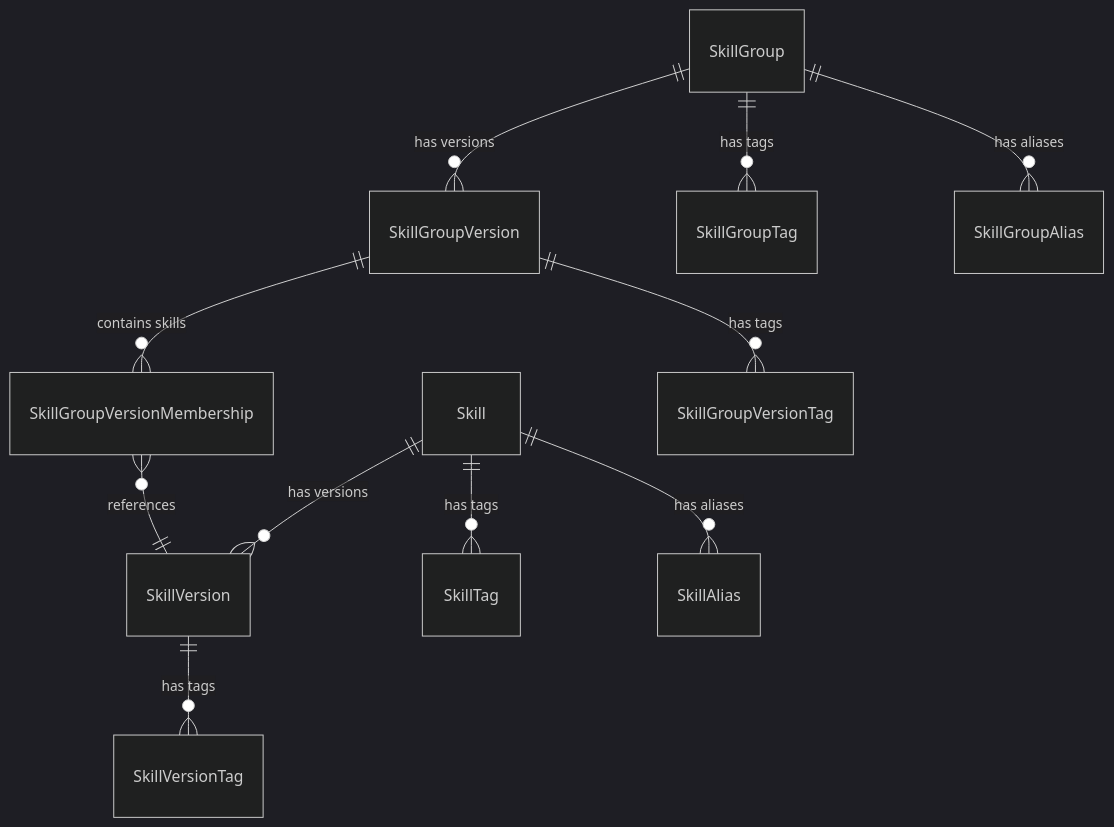
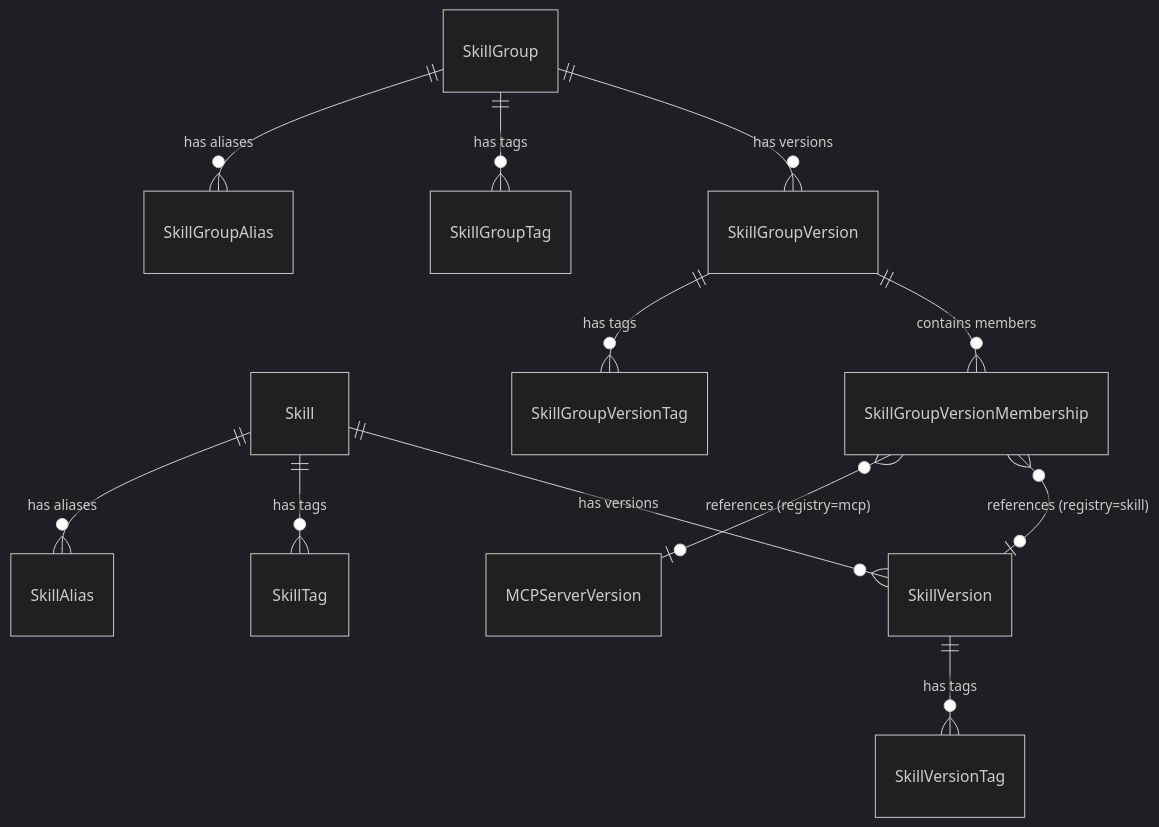
Before and after one commit to mlflow/rfcs: the diagram in rfcs/0005-skill-registry/0005-skill-registry.md, drawn with Mermaid (dark theme). The commit also changed other lines of this file and 1 other file, not shown here.

First line of the commit message:
Align with MCP RFC, cross-registry refs, review fixes

````diff
--- a/rfcs/0005-skill-registry/0005-skill-registry.md
+++ b/rfcs/0005-skill-registry/0005-skill-registry.md
@@ -428,13 +425,14 @@
 ```mermaid
 erDiagram
 Skill ||--o{ SkillVersion : "has versions"
 Skill ||--o{ SkillTag : "has tags"
 Skill ||--o{ SkillAlias : "has aliases"
 SkillVersion ||--o{ SkillVersionTag : "has tags"
 SkillGroup ||--o{ SkillGroupVersion : "has versions"
 SkillGroup ||--o{ SkillGroupTag : "has tags"
 SkillGroup ||--o{ SkillGroupAlias : "has aliases"
-SkillGroupVersion ||--o{ SkillGroupVersionMembership : "contains skills"
+SkillGroupVersion ||--o{ SkillGroupVersionMembership : "contains members"
 SkillGroupVersion ||--o{ SkillGroupVersionTag : "has tags"
-SkillGroupVersionMembership }o--|| SkillVersion : "references"
+SkillGroupVersionMembership }o--o| SkillVersion : "references (registry=skill)"
+SkillGroupVersionMembership }o--o| MCPServerVersion : "references (registry=mcp)"
 ```
````
